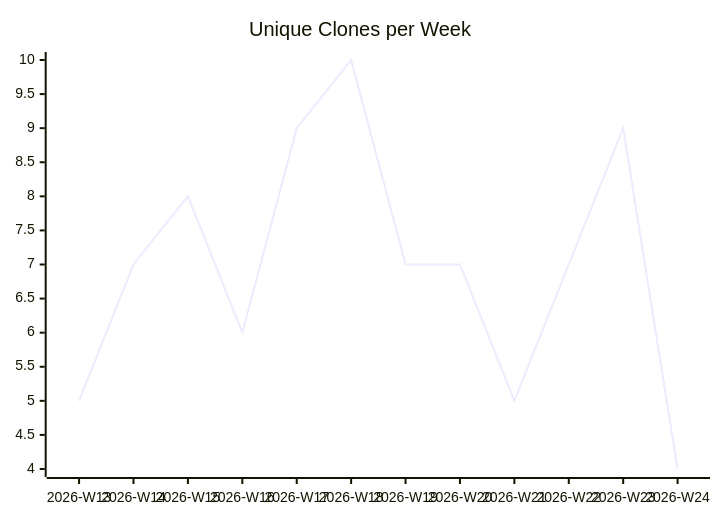
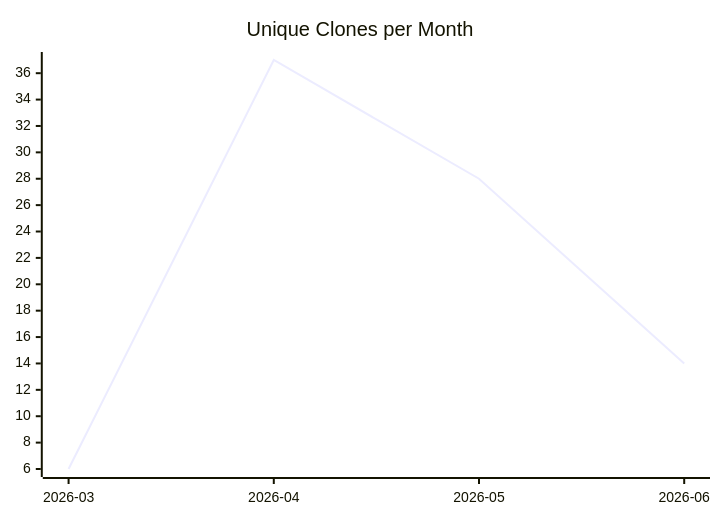
One commit to justdavis-family/github-analytics-data changed the third of 3 diagrams in karlmdavis/ansible-role-jenkins2/README.md. Above: the diagram before and after it, drawn with Mermaid. The commit also changed other lines of this file and 198 other files, not shown here.

````diff
--- a/karlmdavis/ansible-role-jenkins2/README.md
+++ b/karlmdavis/ansible-role-jenkins2/README.md
@@ -19,6 +19,6 @@
 ```mermaid
 xychart-beta
-  title "Unique Clones per Week"
-  x-axis ["2026-W13", "2026-W14", "2026-W15", "2026-W16", "2026-W17", "2026-W18", "2026-W19", "2026-W20", "2026-W21", "2026-W22", "2026-W23", "2026-W24"]
-  line [5, 7, 8, 6, 9, 10, 7, 7, 5, 7, 9, 4]
+  title "Unique Clones per Month"
+  x-axis ["2026-03", "2026-04", "2026-05", "2026-06"]
+  line [6, 37, 28, 14]
 ```
````
